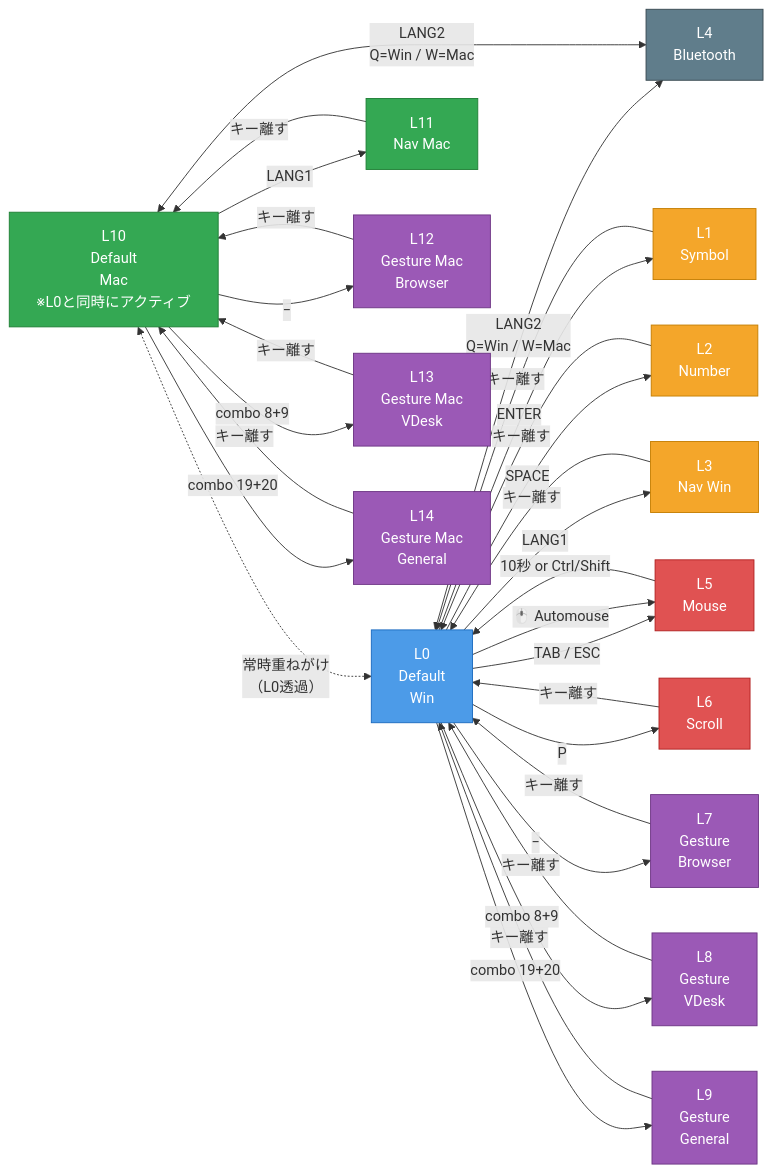
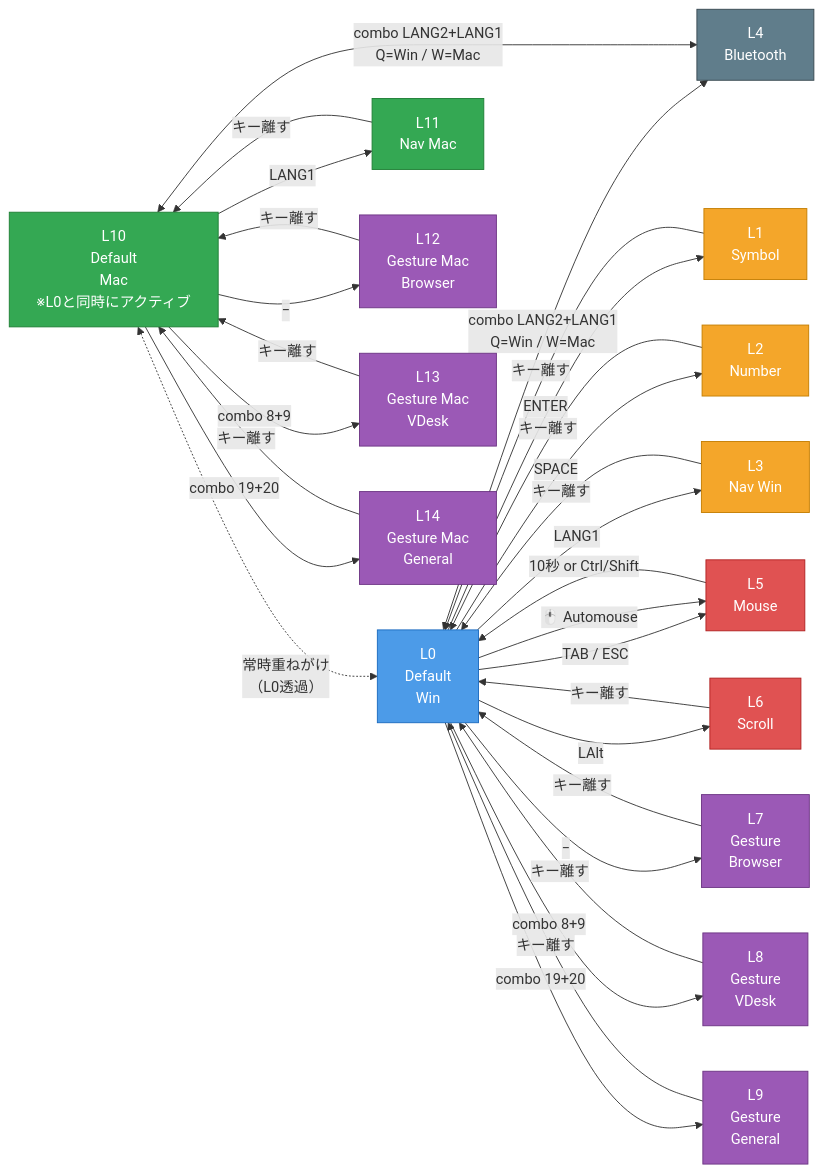
One commit to maylac/zmk-config-moNa2-v2 changed the diagram in README.md. Above: the diagram before and after it, drawn with Mermaid. The commit also changed other lines of this file and 1 other file, not shown here.

Commit message:
refactor: BTレイヤーをコンボ化、スクロールをLAltホールドに移動
- LANG2+LANG1 同時押しコンボで L4(BT) を一時有効化
- LANG2 の hold-tap を廃止（&lt 4 LANG2 → &kp LANG2）し、LANG2 のタップレスポンス改善
- L6(Scroll) を P ホールドから LAlt ホールドに移動
- P を純粋な &kp P に変更

````diff
--- a/README.md
+++ b/README.md
@@ -39,55 +39,55 @@
 ```mermaid
 flowchart LR
     classDef base    fill:#4C9BE8,stroke:#1a6abf,color:#fff
     classDef mac     fill:#34A853,stroke:#1e7e34,color:#fff
     classDef func    fill:#F4A62A,stroke:#c47d00,color:#fff
     classDef mouse   fill:#E05252,stroke:#b02020,color:#fff
     classDef gesture fill:#9B59B6,stroke:#6c3483,color:#fff
     classDef bt      fill:#607D8B,stroke:#37474F,color:#fff
 
     L0["L0\nDefault\nWin"]:::base
     L10["L10\nDefault\nMac\n※L0と同時にアクティブ"]:::mac
     L4["L4\nBluetooth"]:::bt
     L1["L1\nSymbol"]:::func
     L2["L2\nNumber"]:::func
     L3["L3\nNav Win"]:::func
     L11["L11\nNav Mac"]:::mac
     L12["L12\nGesture Mac\nBrowser"]:::gesture
     L13["L13\nGesture Mac\nVDesk"]:::gesture
     L14["L14\nGesture Mac\nGeneral"]:::gesture
     L5["L5\nMouse"]:::mouse
     L6["L6\nScroll"]:::mouse
     L7["L7\nGesture\nBrowser"]:::gesture
     L8["L8\nGesture\nVDesk"]:::gesture
     L9["L9\nGesture\nGeneral"]:::gesture
 
     %% BT切替
-    L0 <-->|"LANG2\nQ=Win / W=Mac"| L4
-    L10 <-->|"LANG2\nQ=Win / W=Mac"| L4
+    L0 <-->|"combo LANG2+LANG1\nQ=Win / W=Mac"| L4
+    L10 <-->|"combo LANG2+LANG1\nQ=Win / W=Mac"| L4
 
     %% L0からの遷移（Win・Mac共通）
     L0 -->|"ENTER"| L1
     L0 -->|"SPACE"| L2
     L0 -->|"LANG1"| L3
     L0 -->|"TAB / ESC"| L5
-    L0 -->|"P"| L6
+    L0 -->|"LAlt"| L6
     L0 -->|"−"| L7
     L0 -->|"combo 8+9"| L8
     L0 -->|"combo 19+20"| L9
     L0 -->|"🖱️ Automouse"| L5
 
     %% 戻り
     L1 & L2 & L3 & L6 & L7 & L8 & L9 -->|"キー離す"| L0
     L5 -->|"10秒 or Ctrl/Shift"| L0
 
     %% L10はL0と同時にアクティブ → L0の全遷移が使える
     L10 <-.->|"常時重ねがけ\n（L0透過）"| L0
 
     %% L10のみ異なる遷移
     L10 -->|"LANG1"| L11
     L10 -->|"−"| L12
     L10 -->|"combo 8+9"| L13
     L10 -->|"combo 19+20"| L14
     L11 -->|"キー離す"| L10
     L12 & L13 & L14 -->|"キー離す"| L10
 ```
````
